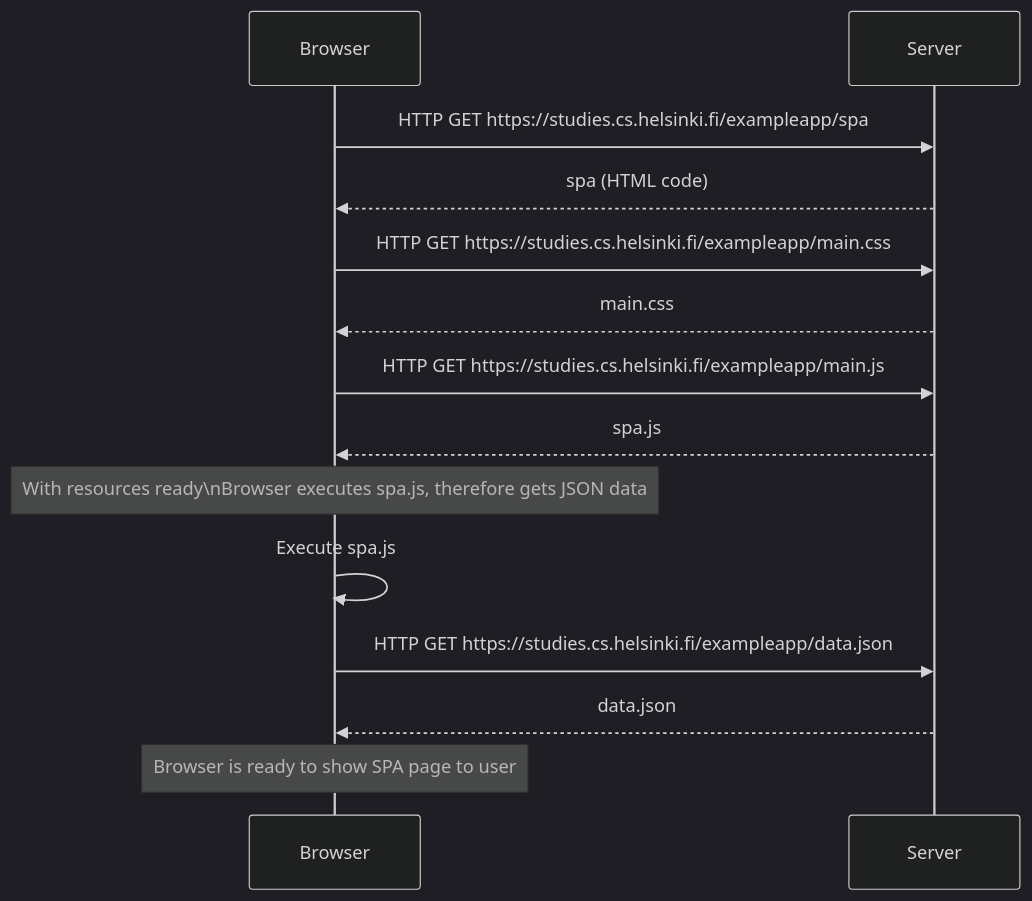
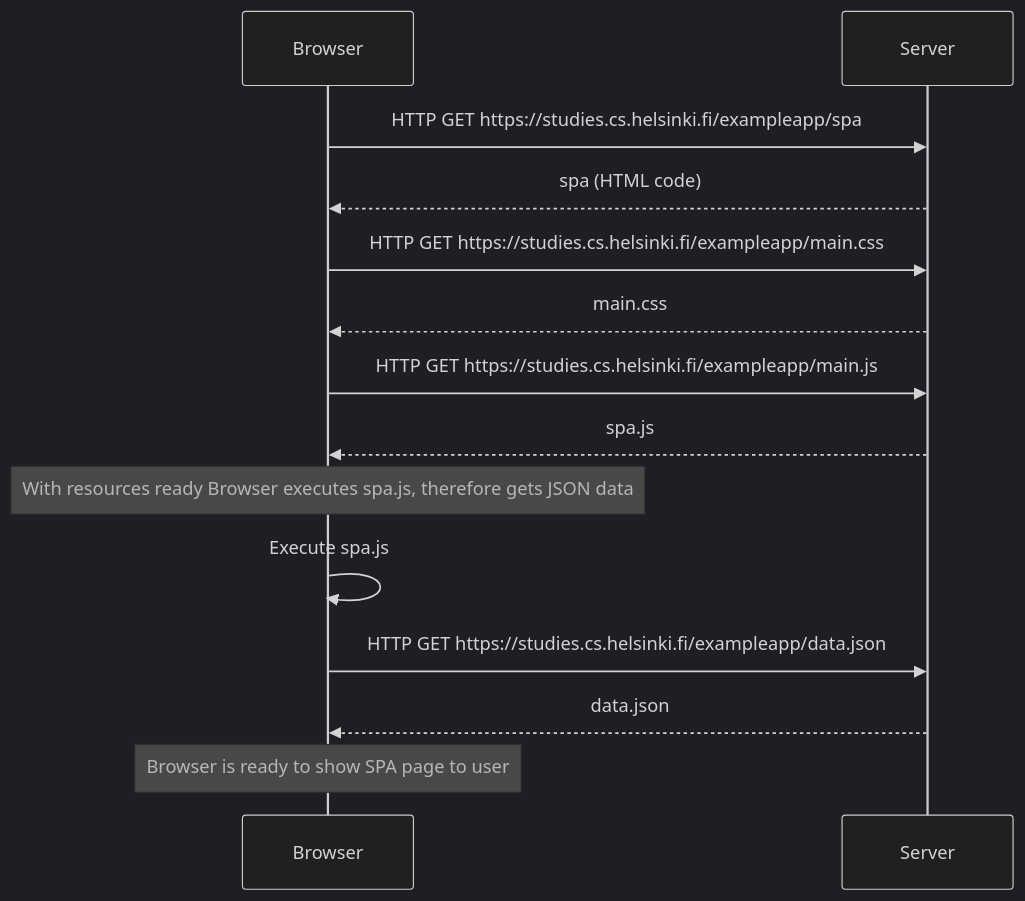
Before and after one commit to willymromero/fullstackopen-bootcamp: the diagram in part0/exercise_0.5_mermaid.md, drawn with Mermaid (dark theme).

````diff
--- a/part0/exercise_0.5_mermaid.md
+++ b/part0/exercise_0.5_mermaid.md
@@ -9,22 +9,22 @@
 ```mermaid
 sequenceDiagram
     participant Browser
     participant Server
 
     Browser->>Server: HTTP GET https://studies.cs.helsinki.fi/exampleapp/spa
     Server-->>Browser: spa (HTML code)
 
     Browser->>Server: HTTP GET https://studies.cs.helsinki.fi/exampleapp/main.css
     Server-->>Browser: main.css
 
     Browser->>Server: HTTP GET https://studies.cs.helsinki.fi/exampleapp/main.js
     Server-->>Browser: spa.js
 
-    note over Browser: With resources ready\nBrowser executes spa.js, therefore gets JSON data
+    note over Browser: With resources ready Browser executes spa.js, therefore gets JSON data
     Browser->>Browser: Execute spa.js
 
     Browser->>Server: HTTP GET https://studies.cs.helsinki.fi/exampleapp/data.json
     Server-->>Browser: data.json
 
     note over Browser: Browser is ready to show SPA page to user
 ```
````
